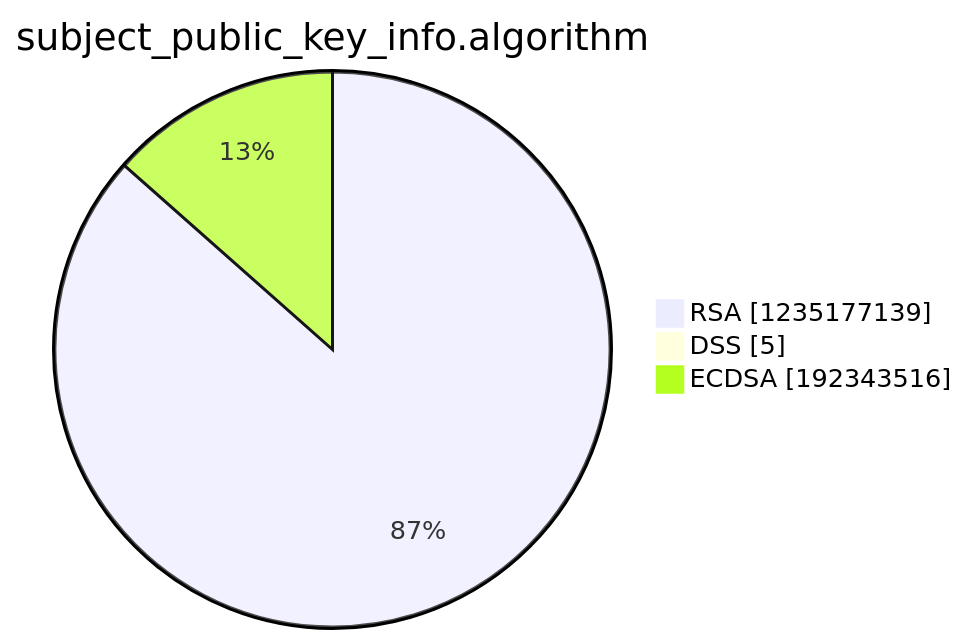
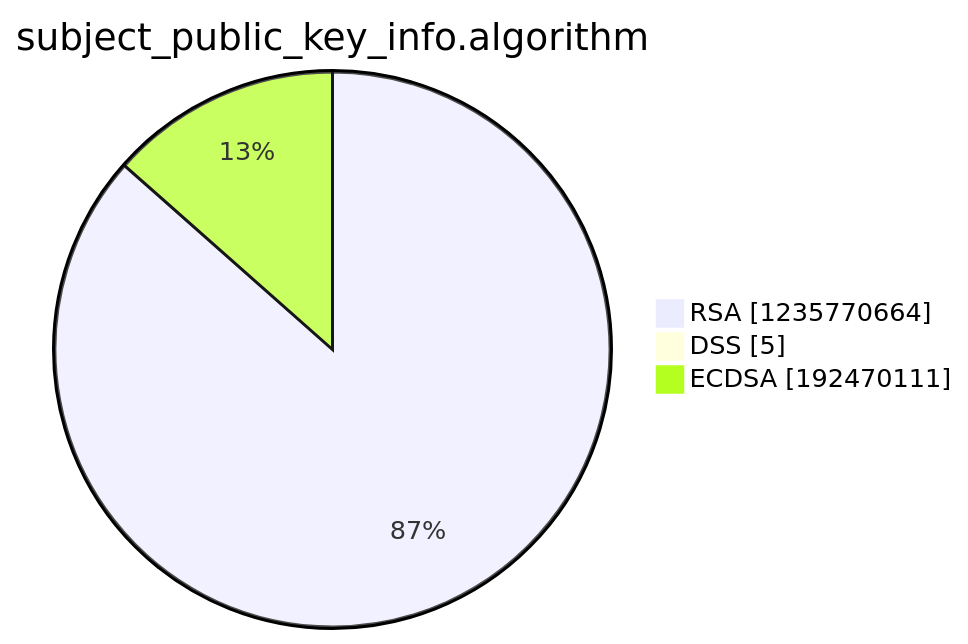
Before and after one commit to christiankrug/ctmonitor_visualization: the third of 15 diagrams in argon2022/README.md, drawn with Mermaid. The commit also changed other lines of this file, not shown here.

````diff
--- a/argon2022/README.md
+++ b/argon2022/README.md
@@ -14,7 +14,7 @@
 ```mermaid
 pie showData
 title subject_public_key_info.algorithm
-"RSA" :1235177139
+"RSA" :1235770664
 "DSS" :5
-"ECDSA" :192343516
+"ECDSA" :192470111
 ```
````
